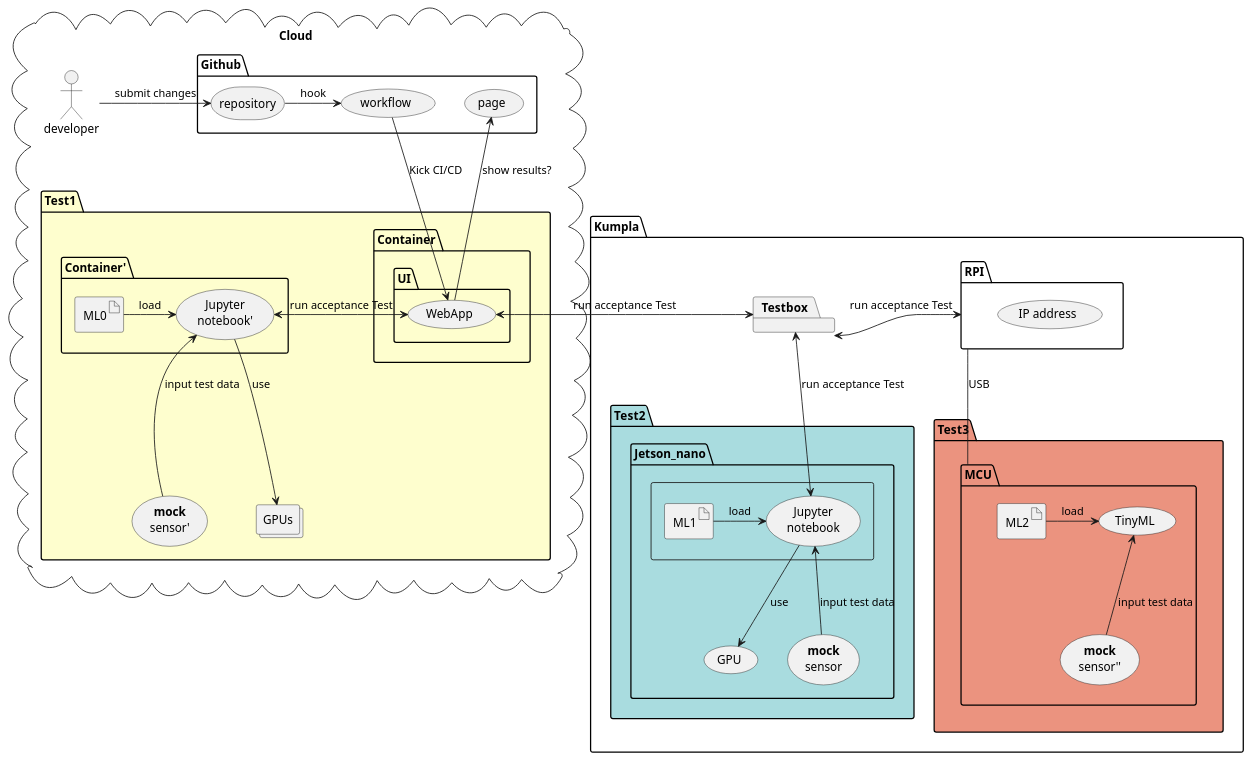
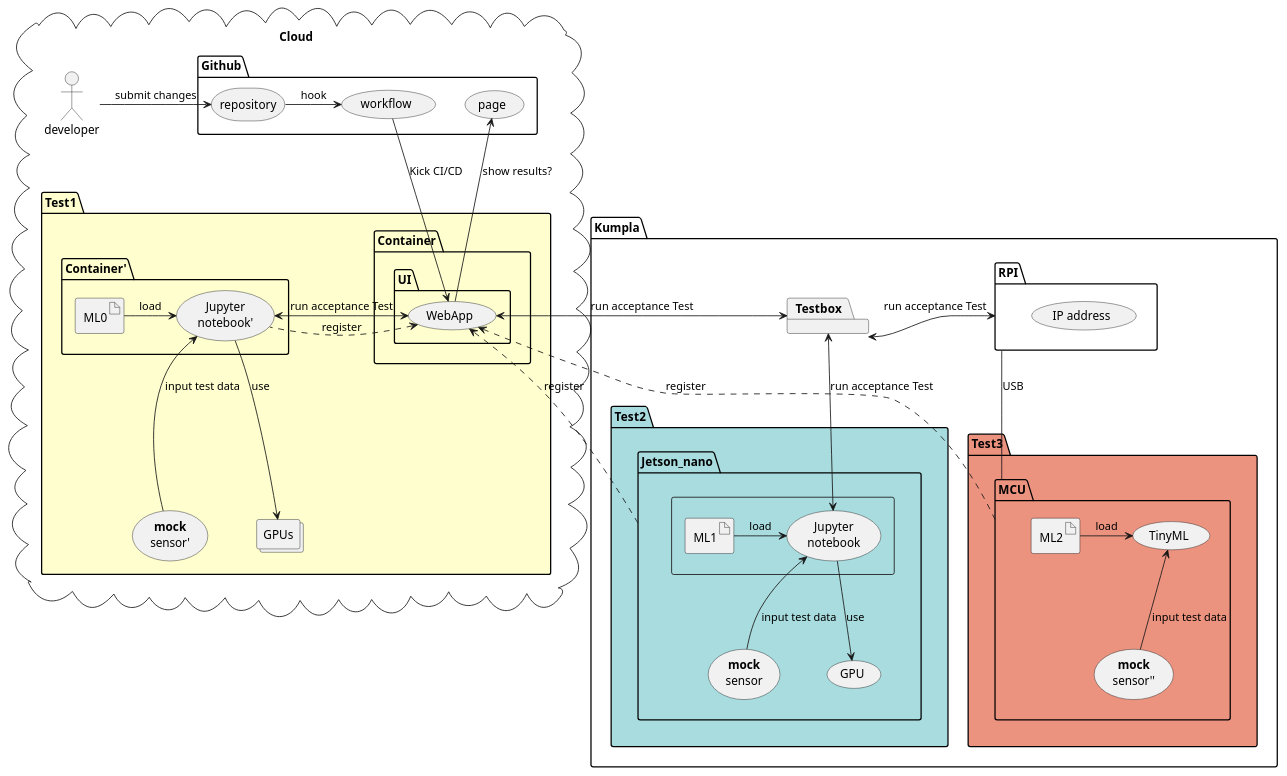
One commit to Origami-Cloudless-AI/software-engineering-project changed the diagram in tdd.puml. Above: the diagram before and after it, drawn with PlantUML. The commit also changed 2 other files, not shown here.

```diff
--- a/tdd.puml
+++ b/tdd.puml
@@ -1,66 +1,69 @@
 @startuml
 
 'title "Test 3 environments at once with mock sensor"
 
 cloud Cloud {
 	package Github {
 		storage repository
 		(page)
 		repository -> (workflow): hook
 	}
 	package Test1 #fefece {
 	package Container {
 		package UI {
 			(workflow) -down-> (WebApp) : Kick CI/CD
 			WebApp -> page : show results?
 		}
 	}
 	package Container' {
 		artifact ML0
 		(Jupyter\nnotebook')
 	}
 	(**mock**\nsensor')
 	collections "GPUs"
 	}
 ML0 -right-> (Jupyter\nnotebook') : load
 WebApp <-> (Jupyter\nnotebook') :  run acceptance Test
+WebApp <. (Jupyter\nnotebook') : register
 (Jupyter\nnotebook') -down-> GPUs : use
 (Jupyter\nnotebook') <-down- (**mock**\nsensor') : input test data
 developer -> repository : submit changes
 }
 
 package Kumpla {
 package Testbox
 
 WebApp <-right->  Testbox : run acceptance Test
 Testbox <-> RPI : run acceptance Test
 
 package Test2 #A9DCDF {
 package Jetson_nano {
 	rectangle {
 		  artifact ML1
 		  (Jupyter\nnotebook)
 	}
 
 ML1 -right-> (Jupyter\nnotebook) : load
 Testbox <-down-> (Jupyter\nnotebook) : run acceptance Test
 (Jupyter\nnotebook) -down-> (GPU) : use
 (Jupyter\nnotebook) <-down- (**mock**\nsensor) : input test data
 }
 }
+Jetson_nano .> WebApp : register
 
 package Test3 #EB937F {
 package RPI {
 	(IP address)
 }
 
 package MCU {
         artifact ML2
 	ML2 -> (TinyML) : load
 	(TinyML) <-down- (**mock**\nsensor'') : input test data 
 }
+MCU .up.> WebApp : register
 
 RPI -down- MCU : USB
 }
 }
 @enduml
```
